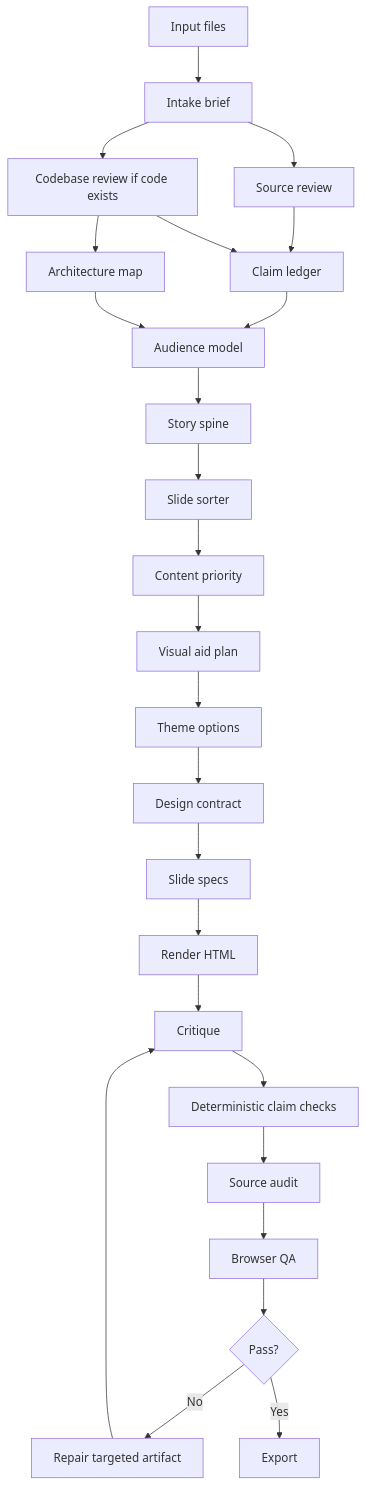
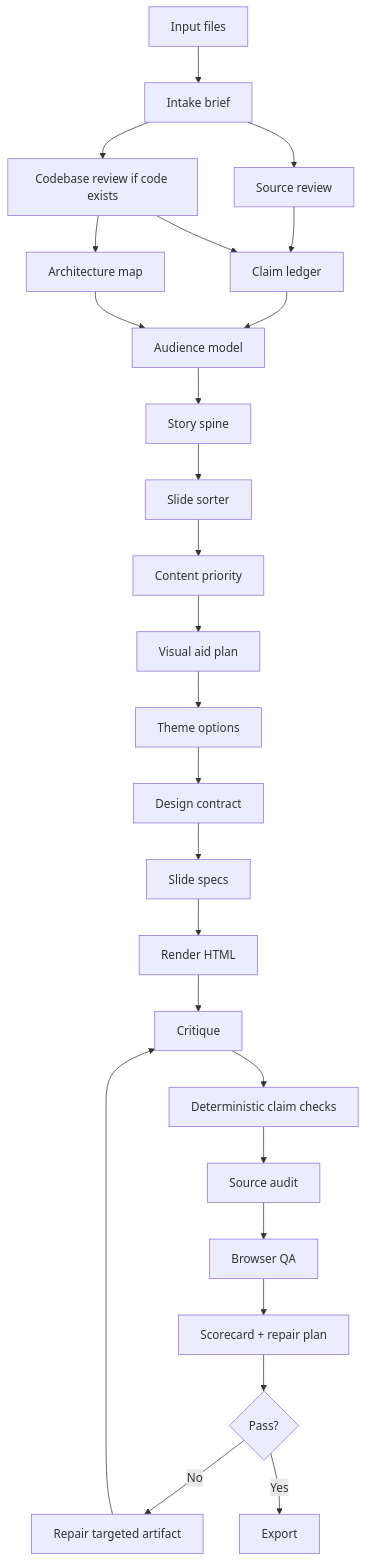
Before and after one commit to haomingkoo/slide-generator: the diagram in docs/workflow.md, drawn with Mermaid. The commit also changed other lines of this file and 31 other files, not shown here.

````diff
--- a/docs/workflow.md
+++ b/docs/workflow.md
@@ -7,27 +7,28 @@
 ```mermaid
 flowchart TD
   A[Input files] --> B[Intake brief]
   B --> C[Source review]
   B --> D[Codebase review if code exists]
   C --> E[Claim ledger]
   D --> E
   D --> F[Architecture map]
   E --> G[Audience model]
   F --> G
   G --> H[Story spine]
   H --> I[Slide sorter]
   I --> V[Content priority]
   V --> J[Visual aid plan]
   J --> K[Theme options]
   K --> U[Design contract]
   U --> L[Slide specs]
   L --> M[Render HTML]
   M --> N[Critique]
   N --> O[Deterministic claim checks]
   O --> P[Source audit]
   P --> T[Browser QA]
-  T --> Q{Pass?}
+  T --> W[Scorecard + repair plan]
+  W --> Q{Pass?}
   Q -->|No| R[Repair targeted artifact]
   R --> N
   Q -->|Yes| S[Export]
 ```
````
